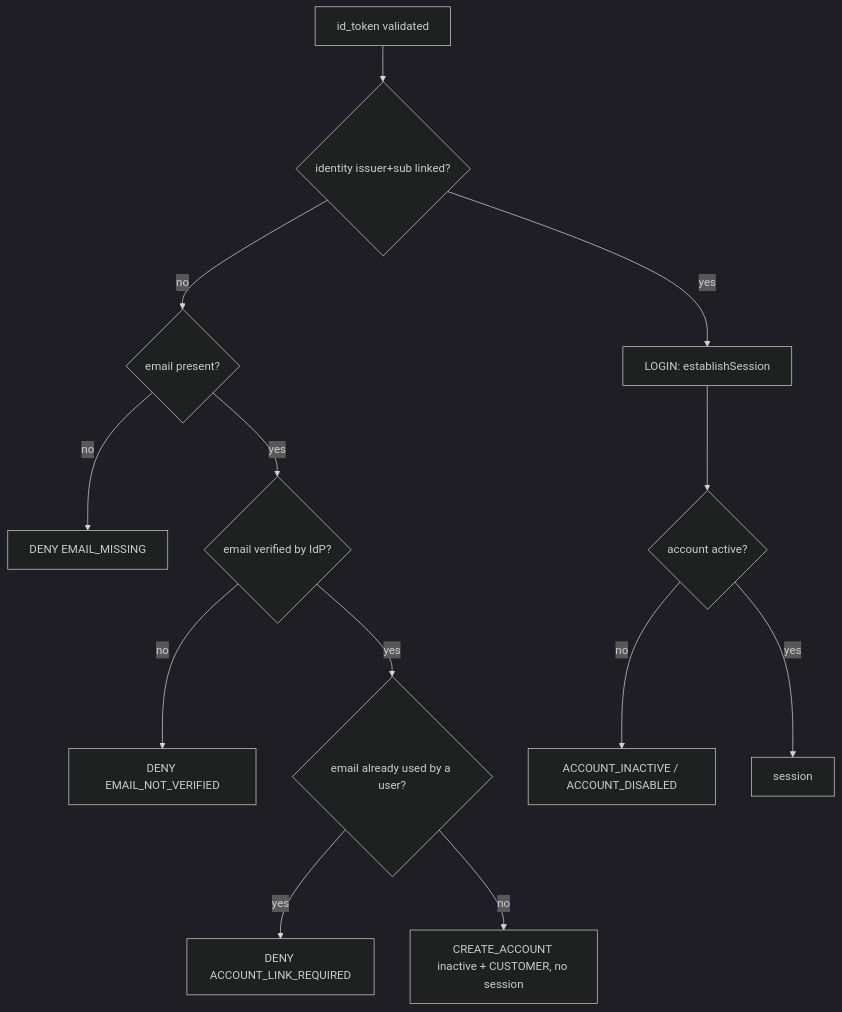
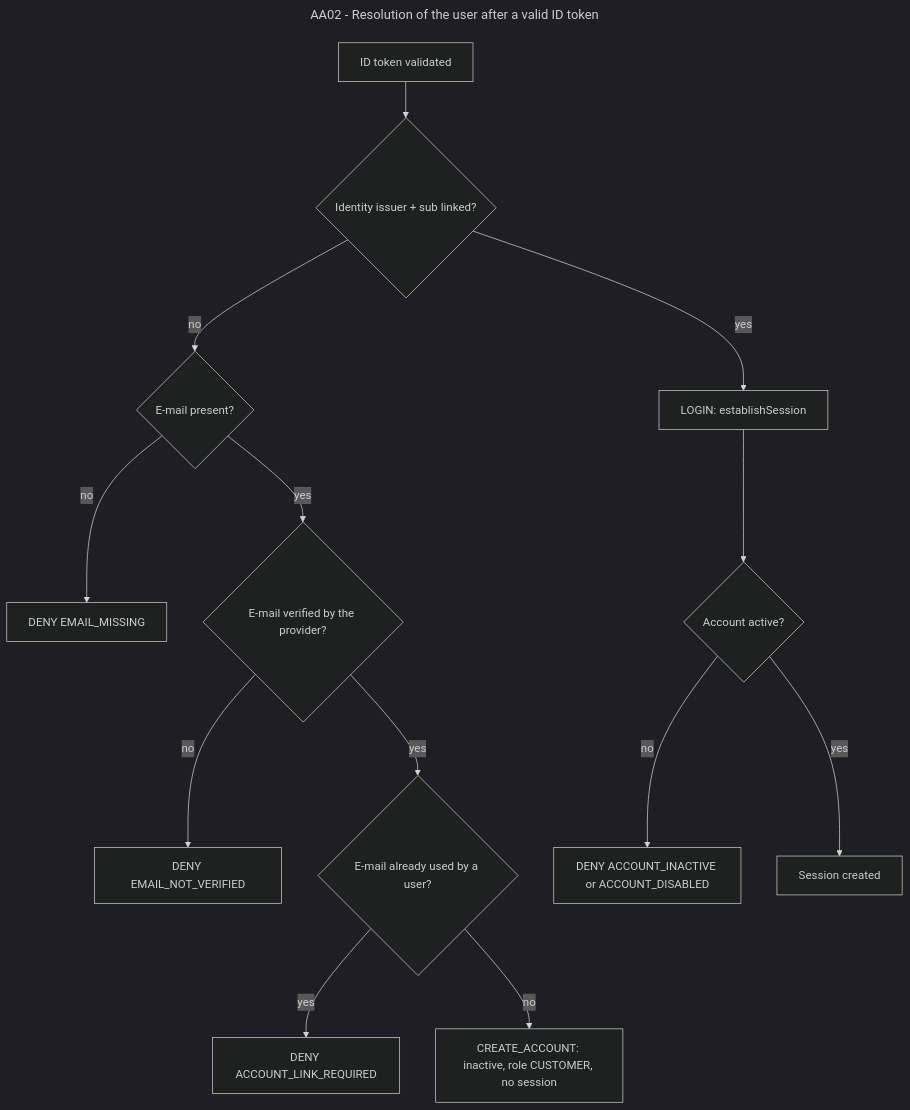
The third of 4 diagrams in docs/flows/authentication/external-authentication.md (ivasduarte/laprizza), drawn with Mermaid (dark theme) before and after one commit. The commit also changed other lines of this file and 8 other files, not shown here.

````diff
--- a/docs/flows/authentication/external-authentication.md
+++ b/docs/flows/authentication/external-authentication.md
@@ -28,15 +175,18 @@
 ```mermaid
+---
+title: "AA02 - Resolution of the user after a valid ID token"
+---
 flowchart TD
-    A[id_token validated] --> B{identity issuer+sub linked?}
-    B -- yes --> L[LOGIN: establishSession]
-    B -- no --> C{email present?}
-    C -- no --> D1[DENY EMAIL_MISSING]
-    C -- yes --> E{email verified by IdP?}
-    E -- no --> D2[DENY EMAIL_NOT_VERIFIED]
-    E -- yes --> F{email already used by a user?}
-    F -- yes --> D3[DENY ACCOUNT_LINK_REQUIRED]
-    F -- no --> N[CREATE_ACCOUNT inactive + CUSTOMER, no session]
-    L --> G{account active?}
-    G -- no --> D4[ACCOUNT_INACTIVE / ACCOUNT_DISABLED]
-    G -- yes --> OK[session]
+    A["ID token validated"] --> B{"Identity issuer + sub linked?"}
+    B -- yes --> L["LOGIN: establishSession"]
+    B -- no --> C{"E-mail present?"}
+    C -- no --> D1["DENY EMAIL_MISSING"]
+    C -- yes --> E{"E-mail verified by the provider?"}
+    E -- no --> D2["DENY EMAIL_NOT_VERIFIED"]
+    E -- yes --> F{"E-mail already used by a user?"}
+    F -- yes --> D3["DENY ACCOUNT_LINK_REQUIRED"]
+    F -- no --> N["CREATE_ACCOUNT: inactive, role CUSTOMER, no session"]
+    L --> G{"Account active?"}
+    G -- no --> D4["DENY ACCOUNT_INACTIVE or ACCOUNT_DISABLED"]
+    G -- yes --> OK["Session created"]
 ```
````
